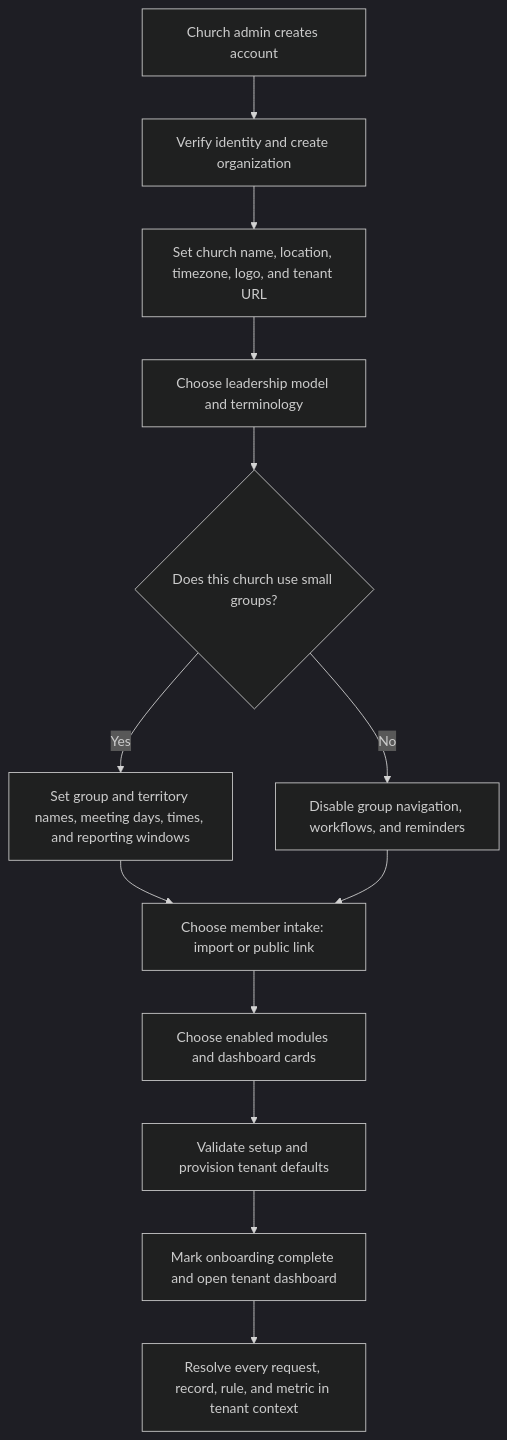
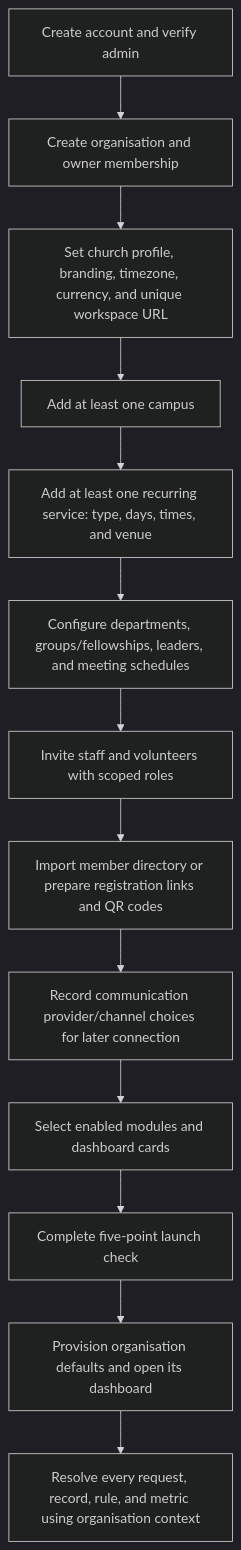
Before and after one commit to Anteeny/NCFUNN: the first of 6 diagrams in churchflow/CHURCHFLOW_ALGORITHM_FRAMEWORK.md, drawn with Mermaid (dark theme). The commit also changed other lines of this file and 17 other files, not shown here.

Commit message:
feat: complete publication readiness - supabase auth, view-only reports, live connect groups, rls migration and framework update

````diff
--- a/churchflow/CHURCHFLOW_ALGORITHM_FRAMEWORK.md
+++ b/churchflow/CHURCHFLOW_ALGORITHM_FRAMEWORK.md
@@ -11,15 +11,15 @@
 ```mermaid
 flowchart TD
-    A[Church admin creates account] --> B[Verify identity and create organization]
-    B --> C[Set church name, location, timezone, logo, and tenant URL]
-    C --> D[Choose leadership model and terminology]
-    D --> E{Does this church use small groups?}
-    E -->|Yes| F[Set group and territory names, meeting days, times, and reporting windows]
-    E -->|No| G[Disable group navigation, workflows, and reminders]
-    F --> H[Choose member intake: import or public link]
-    G --> H
-    H --> I[Choose enabled modules and dashboard cards]
-    I --> J[Validate setup and provision tenant defaults]
-    J --> K[Mark onboarding complete and open tenant dashboard]
-    K --> L[Resolve every request, record, rule, and metric in tenant context]
+    A[Create account and verify admin] --> B[Create organisation and owner membership]
+    B --> C[Set church profile, branding, timezone, currency, and unique workspace URL]
+    C --> D[Add at least one campus]
+    D --> E[Add at least one recurring service: type, days, times, and venue]
+    E --> F[Configure departments, groups/fellowships, leaders, and meeting schedules]
+    F --> G[Invite staff and volunteers with scoped roles]
+    G --> H[Import member directory or prepare registration links and QR codes]
+    H --> I[Record communication provider/channel choices for later connection]
+    I --> J[Select enabled modules and dashboard cards]
+    J --> K[Complete five-point launch check]
+    K --> L[Provision organisation defaults and open its dashboard]
+    L --> M[Resolve every request, record, rule, and metric using organisation context]
 ```
````
